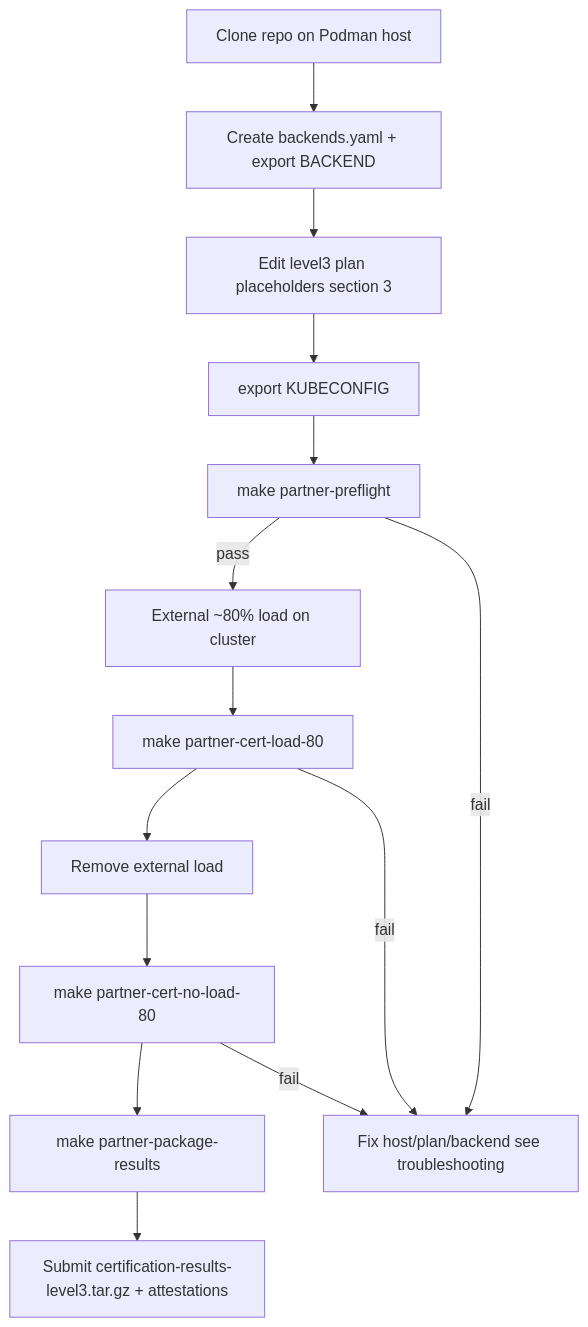
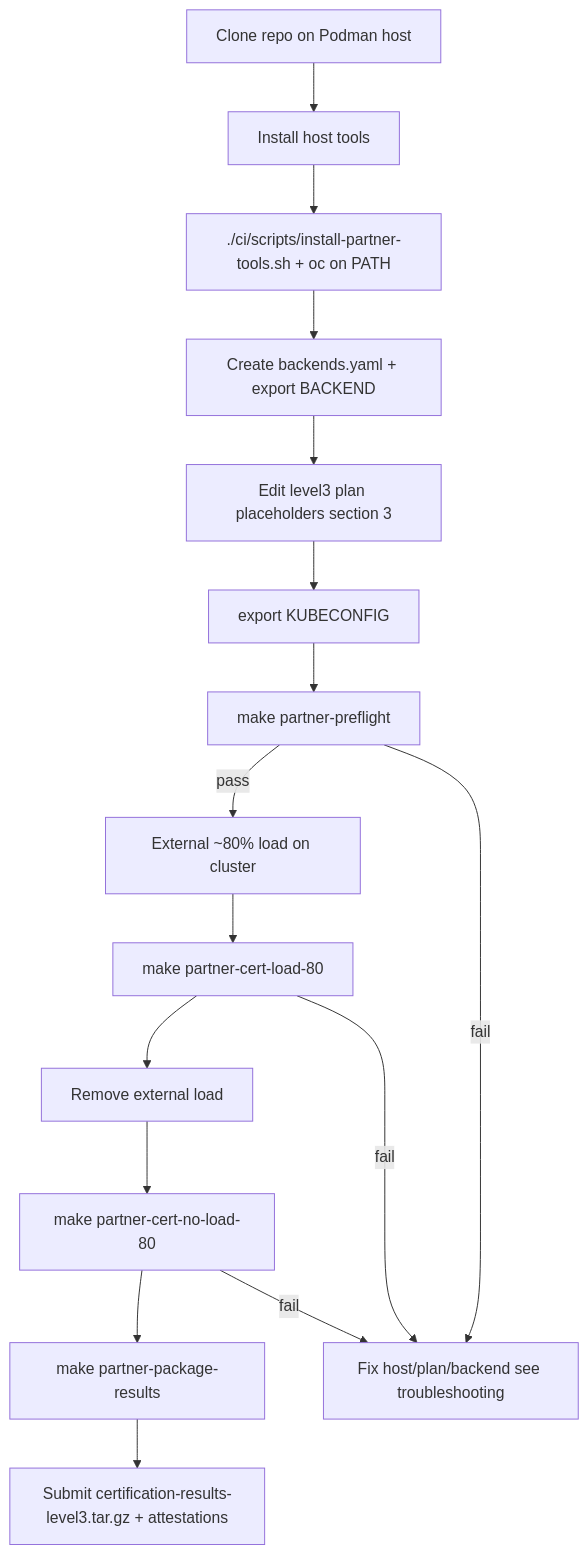
The first of 3 diagrams in PARTNER-CERTIFICATION-GUIDE.md (openshift-storage-cert/storage-cert-harness), drawn with Mermaid before and after one commit. The commit also changed other lines of this file, not shown here.

Commit message:
docs: add flow and diagrams

````diff
--- a/PARTNER-CERTIFICATION-GUIDE.md
+++ b/PARTNER-CERTIFICATION-GUIDE.md
@@ -244,16 +24,18 @@
 ```mermaid
 flowchart TD
-  A[Clone repo on Podman host] --> B[Create backends.yaml + export BACKEND]
-  B --> C[Edit level3 plan placeholders section 3]
-  C --> D[export KUBECONFIG]
-  D --> E[make partner-preflight]
-  E -->|pass| F[External ~80% load on cluster]
-  F --> G[make partner-cert-load-80]
-  G --> H[Remove external load]
-  H --> I[make partner-cert-no-load-80]
-  I --> J[make partner-package-results]
-  J --> K[Submit certification-results-level3.tar.gz + attestations]
-  E -->|fail| T[Fix host/plan/backend see troubleshooting]
-  G -->|fail| T
-  I -->|fail| T
+  A[Clone repo on Podman host] --> B[Install host tools]
+  B --> B2[./ci/scripts/install-partner-tools.sh + oc on PATH]
+  B2 --> C[Create backends.yaml + export BACKEND]
+  C --> D[Edit level3 plan placeholders section 3]
+  D --> E[export KUBECONFIG]
+  E --> F[make partner-preflight]
+  F -->|pass| G[External ~80% load on cluster]
+  G --> H[make partner-cert-load-80]
+  H --> I[Remove external load]
+  I --> J[make partner-cert-no-load-80]
+  J --> K[make partner-package-results]
+  K --> L[Submit certification-results-level3.tar.gz + attestations]
+  F -->|fail| T[Fix host/plan/backend see troubleshooting]
+  H -->|fail| T
+  J -->|fail| T
 ```
````
